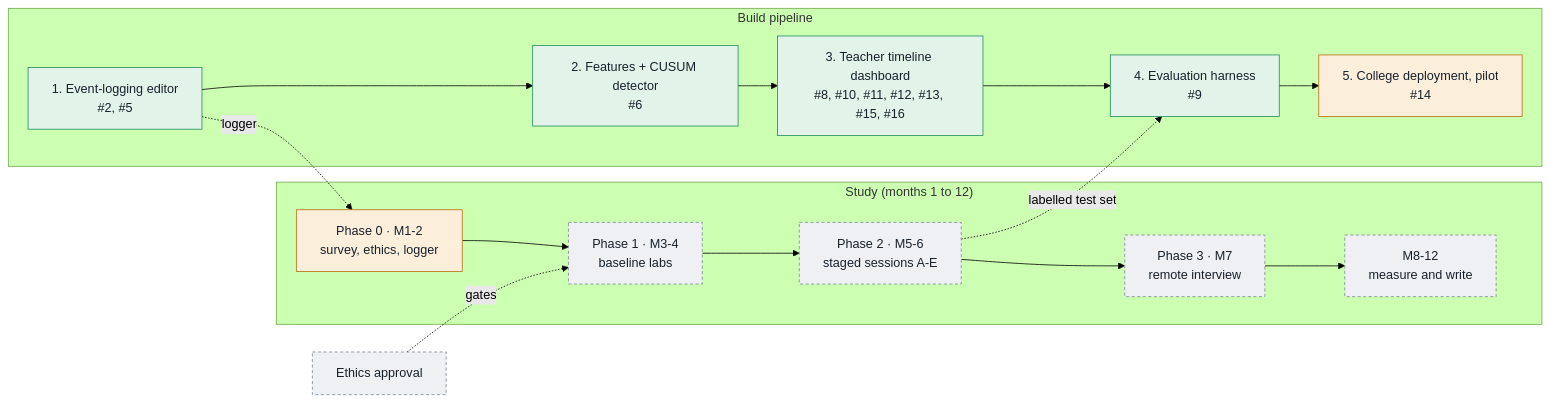
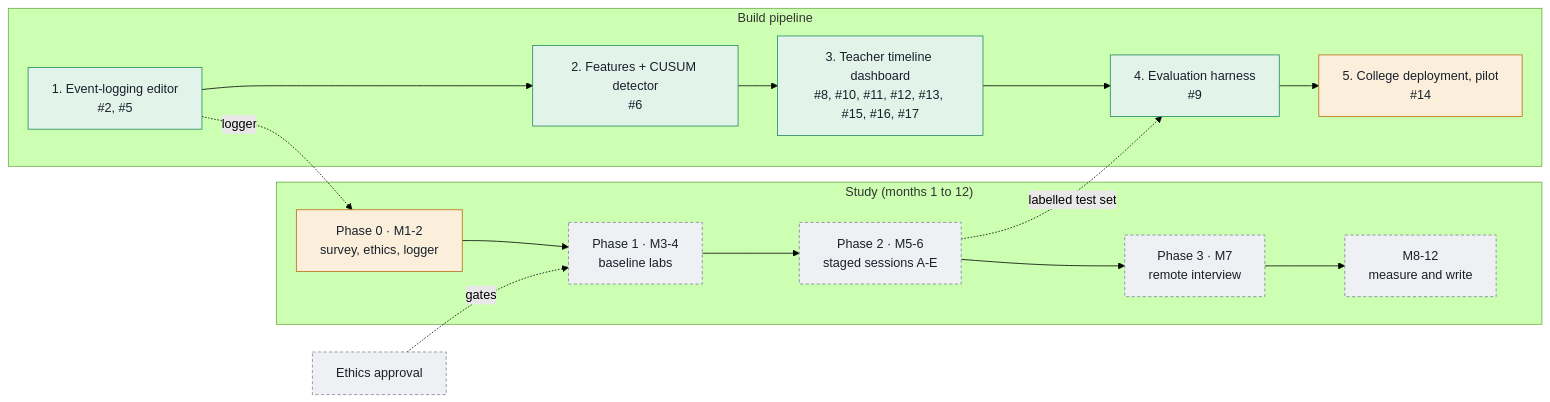
Before and after one commit to codehamster69/student-ide: the diagram in thesis/progress/STATUS.md, drawn with Mermaid (forest theme). The commit also changed other lines of this file and 2 other files, not shown here.

Commit message:
Progress: lab as one sitting is PR #17 (in progress)
Claude-Session: https://claude.ai/code/session_01XQBFTchjxWHV3cmiu8uwuj

````diff
--- a/thesis/progress/STATUS.md
+++ b/thesis/progress/STATUS.md
@@ -14,22 +14,22 @@
 ```mermaid
 flowchart LR
   classDef done fill:#e2f3ea,stroke:#1f8a5b,color:#18202b
   classDef prog fill:#fbefdc,stroke:#b86a0b,color:#18202b
   classDef pend fill:#eef0f3,stroke:#7c8696,stroke-dasharray:4 3,color:#18202b
 
   subgraph Build["Build pipeline"]
     B1["1. Event-logging editor<br/>#2, #5"]:::done --> B2["2. Features + CUSUM detector<br/>#6"]:::done
-    B2 --> B3["3. Teacher timeline dashboard<br/>#8, #10, #11, #12, #13, #15, #16"]:::done --> B4["4. Evaluation harness<br/>#9"]:::done
+    B2 --> B3["3. Teacher timeline dashboard<br/>#8, #10, #11, #12, #13, #15, #16, #17"]:::done --> B4["4. Evaluation harness<br/>#9"]:::done
     B4 --> B5["5. College deployment, pilot<br/>#14"]:::prog
   end
 
   subgraph Study["Study (months 1 to 12)"]
     P0["Phase 0 · M1-2<br/>survey, ethics, logger"]:::prog --> P1["Phase 1 · M3-4<br/>baseline labs"]:::pend
     P1 --> P2["Phase 2 · M5-6<br/>staged sessions A-E"]:::pend --> P3["Phase 3 · M7<br/>remote interview"]:::pend
     P3 --> W["M8-12<br/>measure and write"]:::pend
   end
 
   E["Ethics approval"]:::pend -. gates .-> P1
   B1 -. logger .-> P0
   P2 -. labelled test set .-> B4
 ```
````
